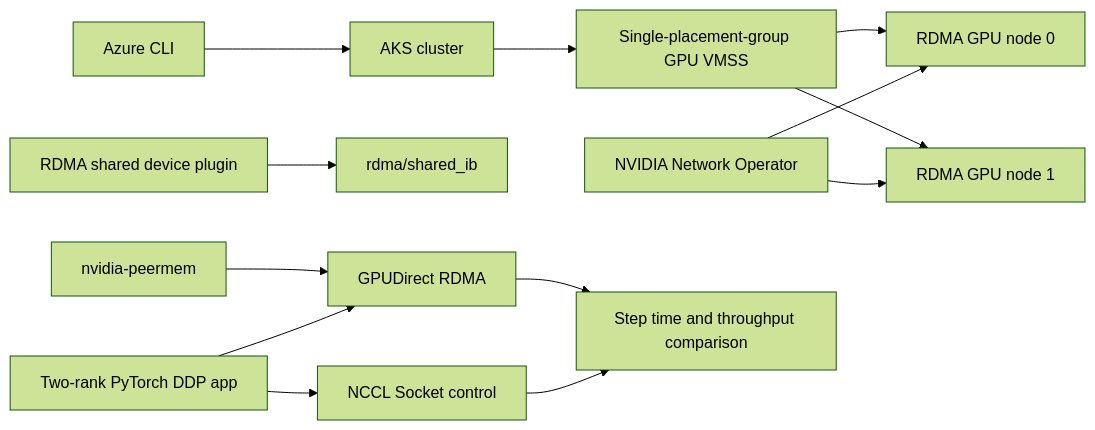
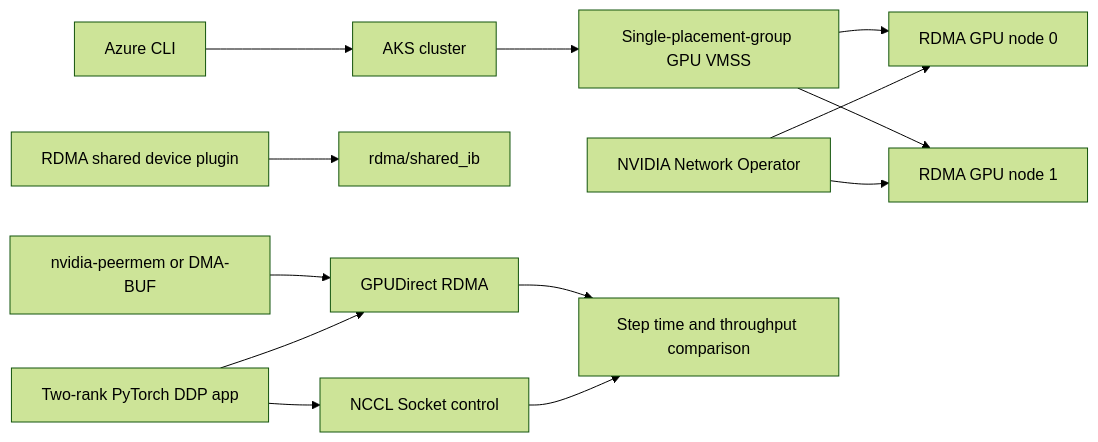
The diagram in examples/end-to-end-AI-codelabs/distributed-training-rdma/README.md (Azure/AKS), drawn with Mermaid (forest theme) before and after one commit. The commit also changed other lines of this file and 5 other files, not shown here.

Commit message:
fix(examples): support DMA-BUF GPUDirect fallback

````diff
--- a/examples/end-to-end-AI-codelabs/distributed-training-rdma/README.md
+++ b/examples/end-to-end-AI-codelabs/distributed-training-rdma/README.md
@@ -11,15 +11,15 @@
 ```mermaid
 flowchart LR
     CLI[Azure CLI] --> AKS[AKS cluster]
     AKS --> VMSS[Single-placement-group GPU VMSS]
     VMSS --> N0[RDMA GPU node 0]
     VMSS --> N1[RDMA GPU node 1]
     NO[NVIDIA Network Operator] --> N0
     NO --> N1
     DP[RDMA shared device plugin] --> R[rdma/shared_ib]
-    PM[nvidia-peermem] --> GDR[GPUDirect RDMA]
+    PM[nvidia-peermem or DMA-BUF] --> GDR[GPUDirect RDMA]
     DDP[Two-rank PyTorch DDP app] --> TCP[NCCL Socket control]
     DDP --> GDR
     GDR --> METRICS[Step time and throughput comparison]
     TCP --> METRICS
 ```
````
